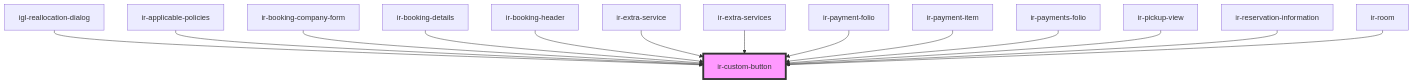
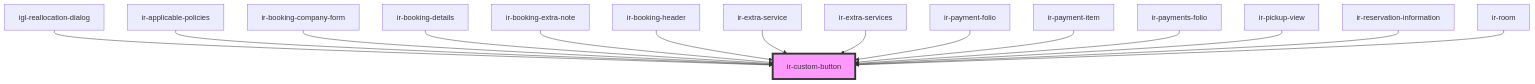
One commit to RonyRizk/ir-webcmp changed the diagram in src/components/ui/ir-custom-button/readme.md. Above: the diagram before and after it, drawn with Mermaid. The commit also changed other lines of this file and 36 other files, not shown here.

````diff
--- a/src/components/ui/ir-custom-button/readme.md
+++ b/src/components/ui/ir-custom-button/readme.md
@@ -61,17 +62,18 @@
 ```mermaid
 graph TD;
   igl-reallocation-dialog --> ir-custom-button
   ir-applicable-policies --> ir-custom-button
   ir-booking-company-form --> ir-custom-button
   ir-booking-details --> ir-custom-button
+  ir-booking-extra-note --> ir-custom-button
   ir-booking-header --> ir-custom-button
   ir-extra-service --> ir-custom-button
   ir-extra-services --> ir-custom-button
   ir-payment-folio --> ir-custom-button
   ir-payment-item --> ir-custom-button
   ir-payments-folio --> ir-custom-button
   ir-pickup-view --> ir-custom-button
   ir-reservation-information --> ir-custom-button
   ir-room --> ir-custom-button
   style ir-custom-button fill:#f9f,stroke:#333,stroke-width:4px
 ```
````
